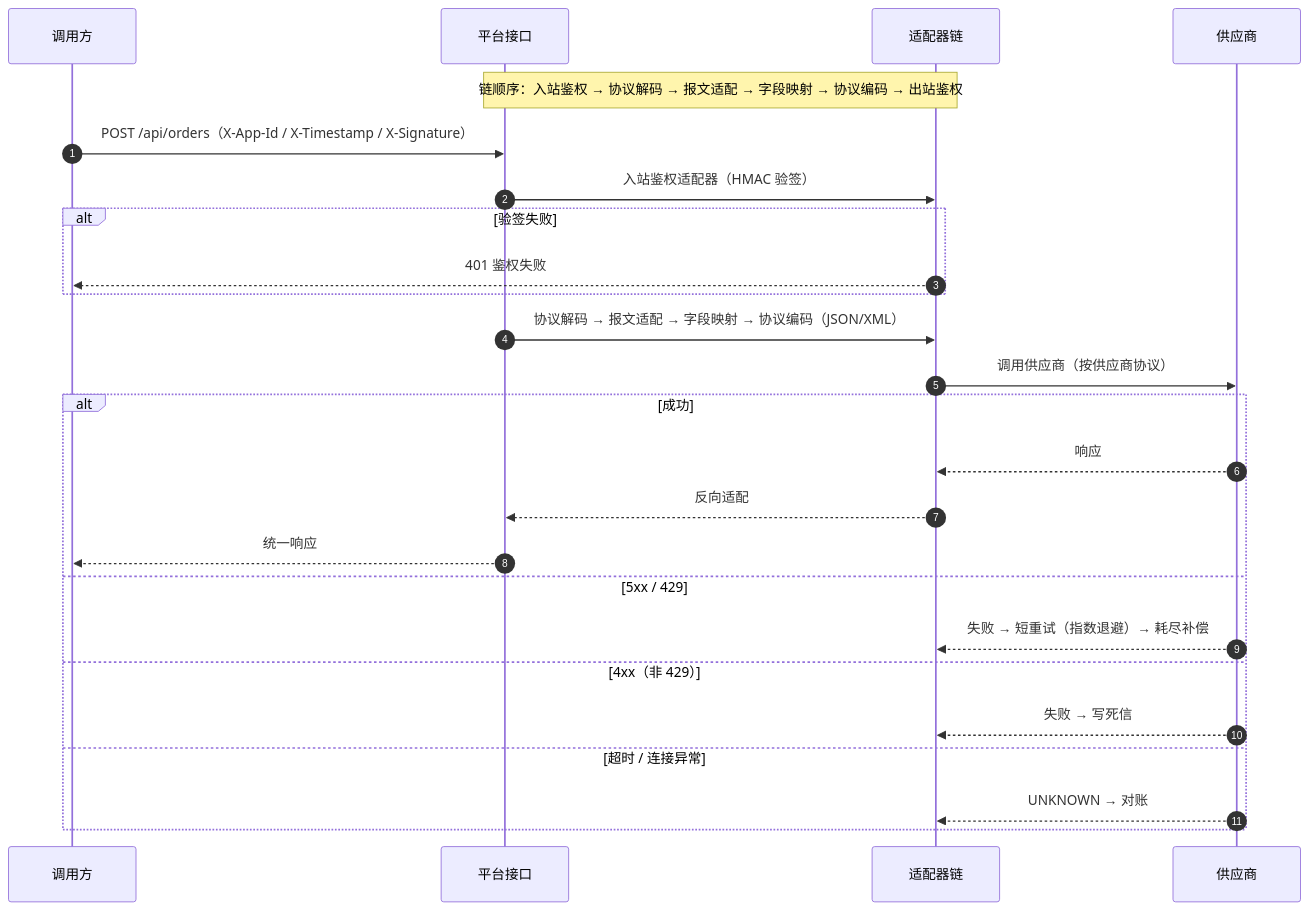
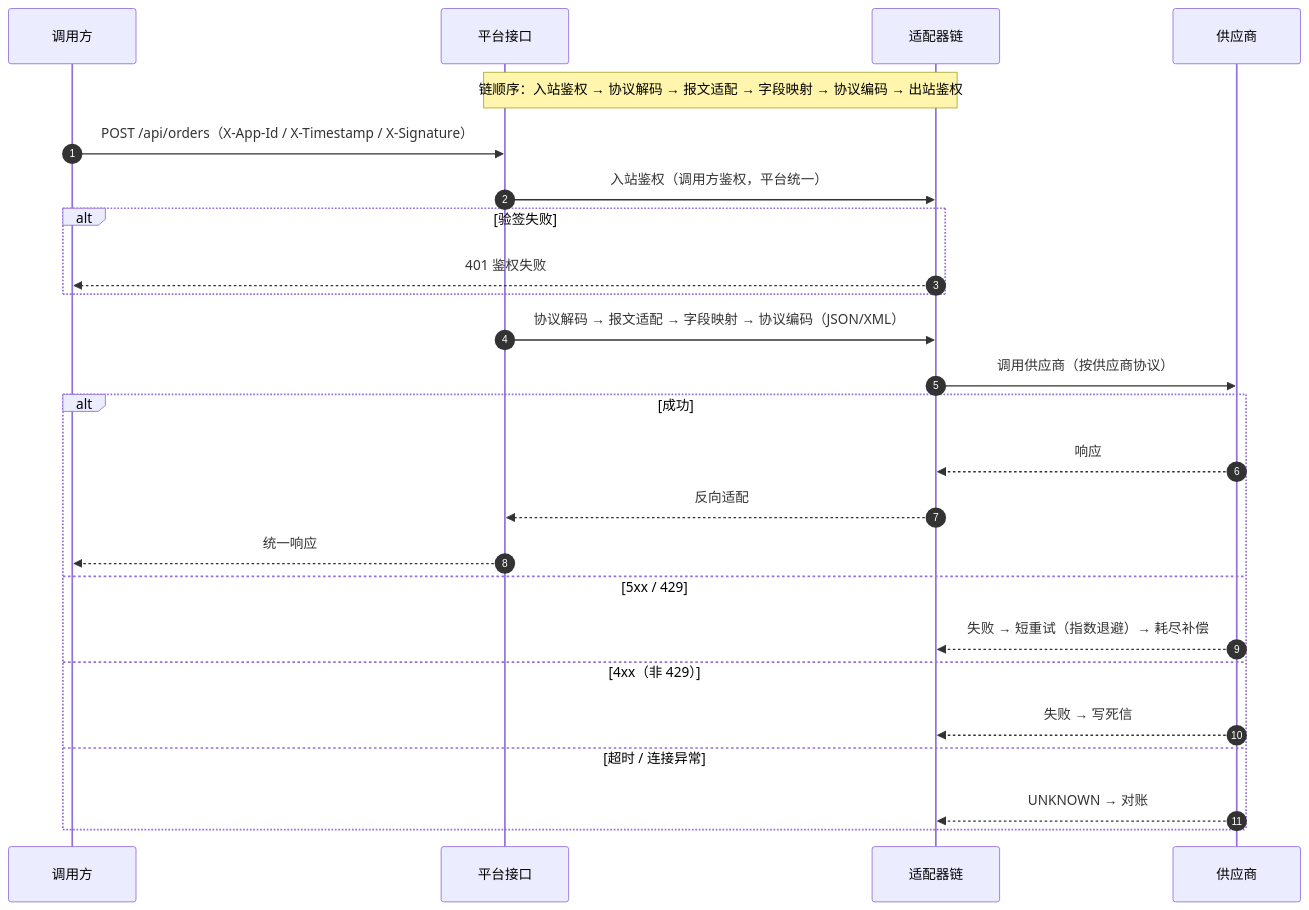
Before and after one commit to HelloWorldKing1/apicenter: the second of 4 diagrams in src/main/resources/doc/API中心时序图与流程图.md, drawn with Mermaid. The commit also changed other lines of this file and 2 other files, not shown here.

Commit message:
docs(api): 更新API中心文档与原型界面
- 将inboundAuthType字段重命名为callbackAuthType，统一回调验签概念
- 移除接口级别的幂等性配置，简化配置项
- 更新应用列表表格标题中的"入站验签方式"为"回调验签方式"
- 调整接口详情页的鉴权配置显示逻辑，区分入站回调和出站接口的验签方式
- 修改时序图中的入站鉴权描述，明确调用方鉴权与回调验签的区别
- 更新设计方案文档中的适配器体系，将字段映射从适配器链中分离
- 添加字段映射操作参数的配置界面和交互功能
- 优化接口提交时的字段映射验证逻辑，允许默认值操作无需源字段
- 调整适配器链的执行顺序描述，明确平台统一处理的部分

````diff
--- a/src/main/resources/doc/API中心时序图与流程图.md
+++ b/src/main/resources/doc/API中心时序图与流程图.md
@@ -34,28 +34,28 @@
 ```mermaid
 sequenceDiagram
     autonumber
     participant 调用方 as 调用方
     participant GW as 平台接口
     participant 链 as 适配器链
     participant SP as 供应商
 
     Note over GW,链: 链顺序：入站鉴权 → 协议解码 → 报文适配 → 字段映射 → 协议编码 → 出站鉴权
     调用方->>GW: POST /api/orders（X-App-Id / X-Timestamp / X-Signature）
-    GW->>链: 入站鉴权适配器（HMAC 验签）
+    GW->>链: 入站鉴权（调用方鉴权，平台统一）
     alt 验签失败
         链-->>调用方: 401 鉴权失败
     end
     GW->>链: 协议解码 → 报文适配 → 字段映射 → 协议编码（JSON/XML）
     链->>SP: 调用供应商（按供应商协议）
     alt 成功
         SP-->>链: 响应
         链-->>GW: 反向适配
         GW-->>调用方: 统一响应
     else 5xx / 429
         SP-->>链: 失败 → 短重试（指数退避）→ 耗尽补偿
     else 4xx（非 429）
         SP-->>链: 失败 → 写死信
     else 超时 / 连接异常
         SP-->>链: UNKNOWN → 对账
     end
 ```
````
